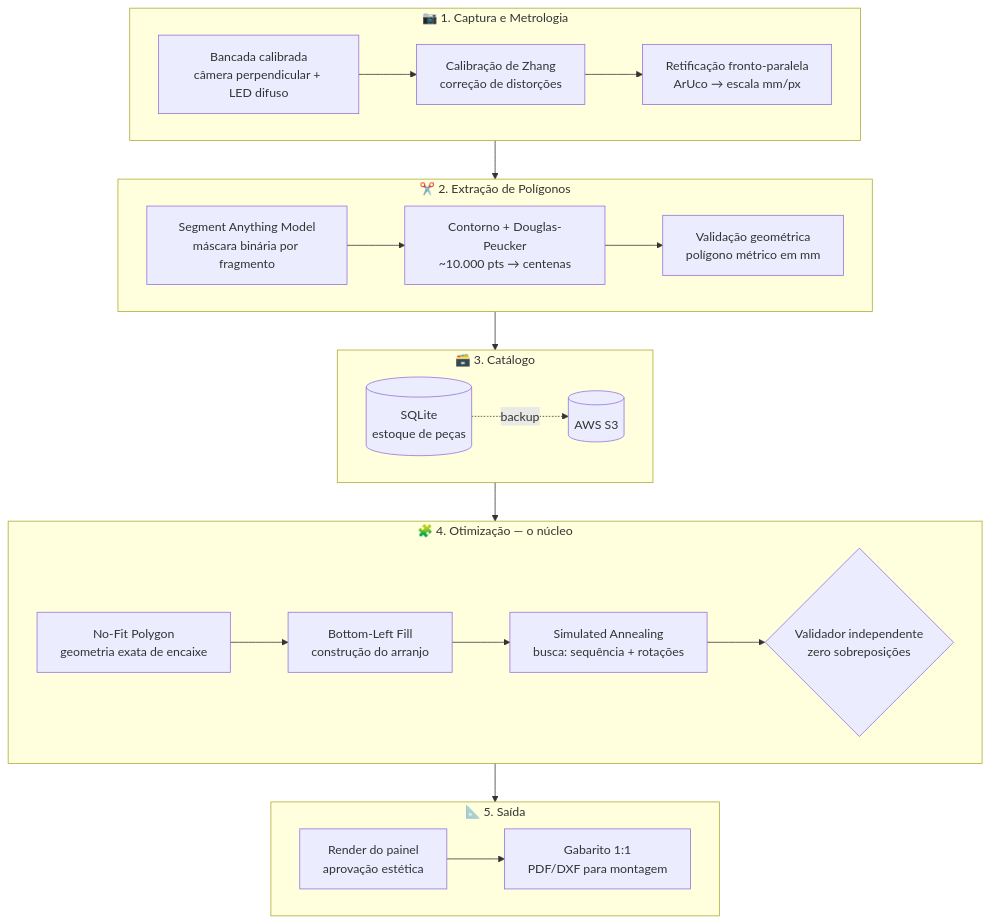
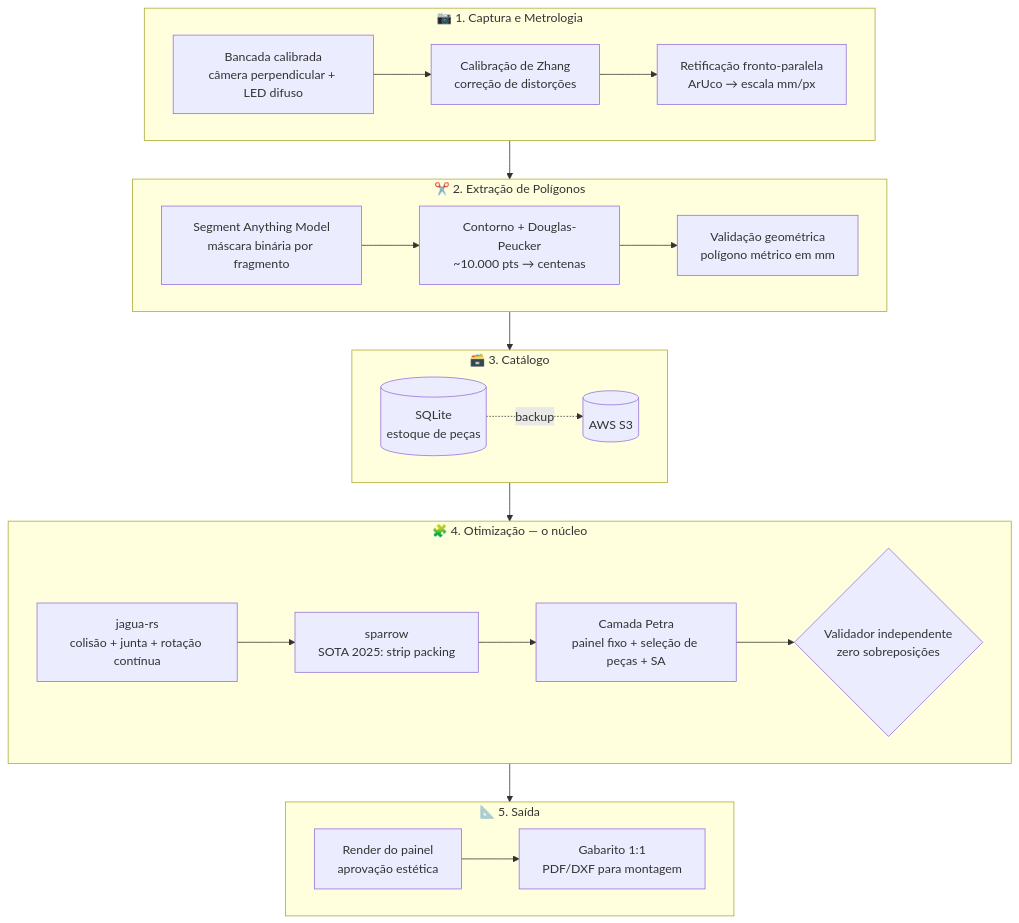
One commit to MarcosAMPaes/Genesis-Projeto changed the diagram in README.md. Above: the diagram before and after it, drawn with Mermaid. The commit also changed other lines of this file and 26 other files, not shown here.

````diff
--- a/README.md
+++ b/README.md
@@ -39,28 +39,28 @@
 ```mermaid
 flowchart TB
     subgraph CAPTURA["📷 1. Captura e Metrologia"]
         A[Bancada calibrada<br/>câmera perpendicular + LED difuso] --> B[Calibração de Zhang<br/>correção de distorções]
         B --> C[Retificação fronto-paralela<br/>ArUco → escala mm/px]
     end
 
     subgraph EXTRACAO["✂️ 2. Extração de Polígonos"]
         D[Segment Anything Model<br/>máscara binária por fragmento] --> E[Contorno + Douglas-Peucker<br/>~10.000 pts → centenas]
         E --> F[Validação geométrica<br/>polígono métrico em mm]
     end
 
     subgraph CATALOGO["🗃️ 3. Catálogo"]
         G[(SQLite<br/>estoque de peças)] -.backup.-> H[(AWS S3)]
     end
 
     subgraph NESTING["🧩 4. Otimização — o núcleo"]
-        I[No-Fit Polygon<br/>geometria exata de encaixe] --> J[Bottom-Left Fill<br/>construção do arranjo]
-        J --> K[Simulated Annealing<br/>busca: sequência + rotações]
+        I[jagua-rs<br/>colisão + junta + rotação contínua] --> J[sparrow<br/>SOTA 2025: strip packing]
+        J --> K[Camada Petra<br/>painel fixo + seleção de peças + SA]
         K --> L{Validador independente<br/>zero sobreposições}
     end
 
     subgraph SAIDA["📐 5. Saída"]
         M[Render do painel<br/>aprovação estética] --> N[Gabarito 1:1<br/>PDF/DXF para montagem]
     end
 
     CAPTURA --> EXTRACAO --> CATALOGO --> NESTING --> SAIDA
 ```
````
